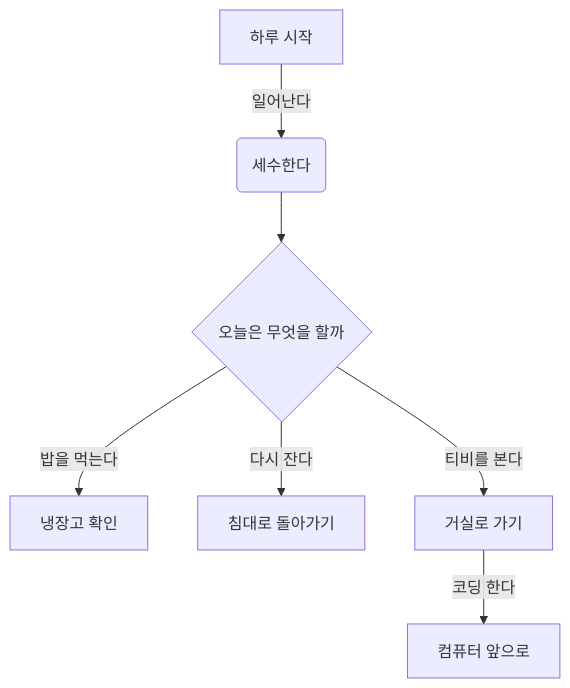
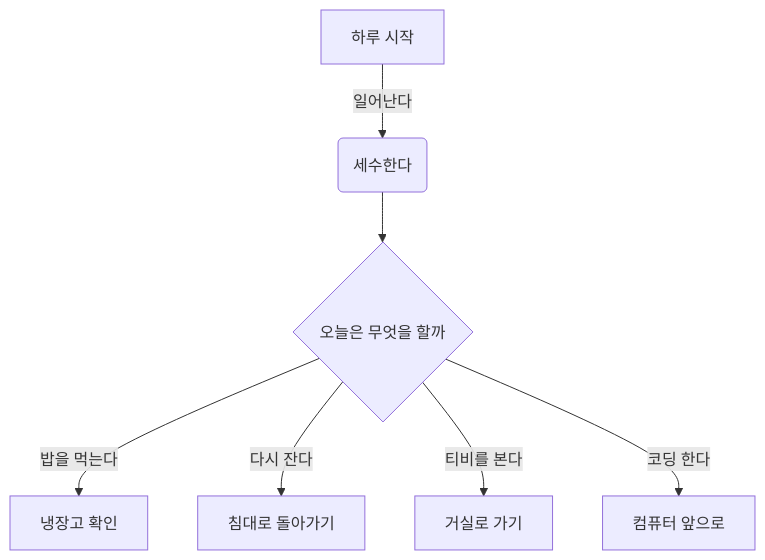
The diagram in README.md (christianB053/test), drawn with Mermaid before and after one commit.

````diff
--- a/README.md
+++ b/README.md
@@ -3,9 +3,9 @@
 ```mermaid
 		graph TD
 	    A[하루 시작] -->|일어난다| B(세수한다)
 	    B --> C{오늘은 무엇을 할까}
 	    C -->|밥을 먹는다| D[냉장고 확인]
 	    C -->|다시 잔다| E[침대로 돌아가기]
 	    C -->|티비를 본다| F[거실로 가기]
-       -->|코딩 한다| G[컴퓨터 앞으로 ]
+            C -->|코딩 한다| G[컴퓨터 앞으로 ]
 ```
````
